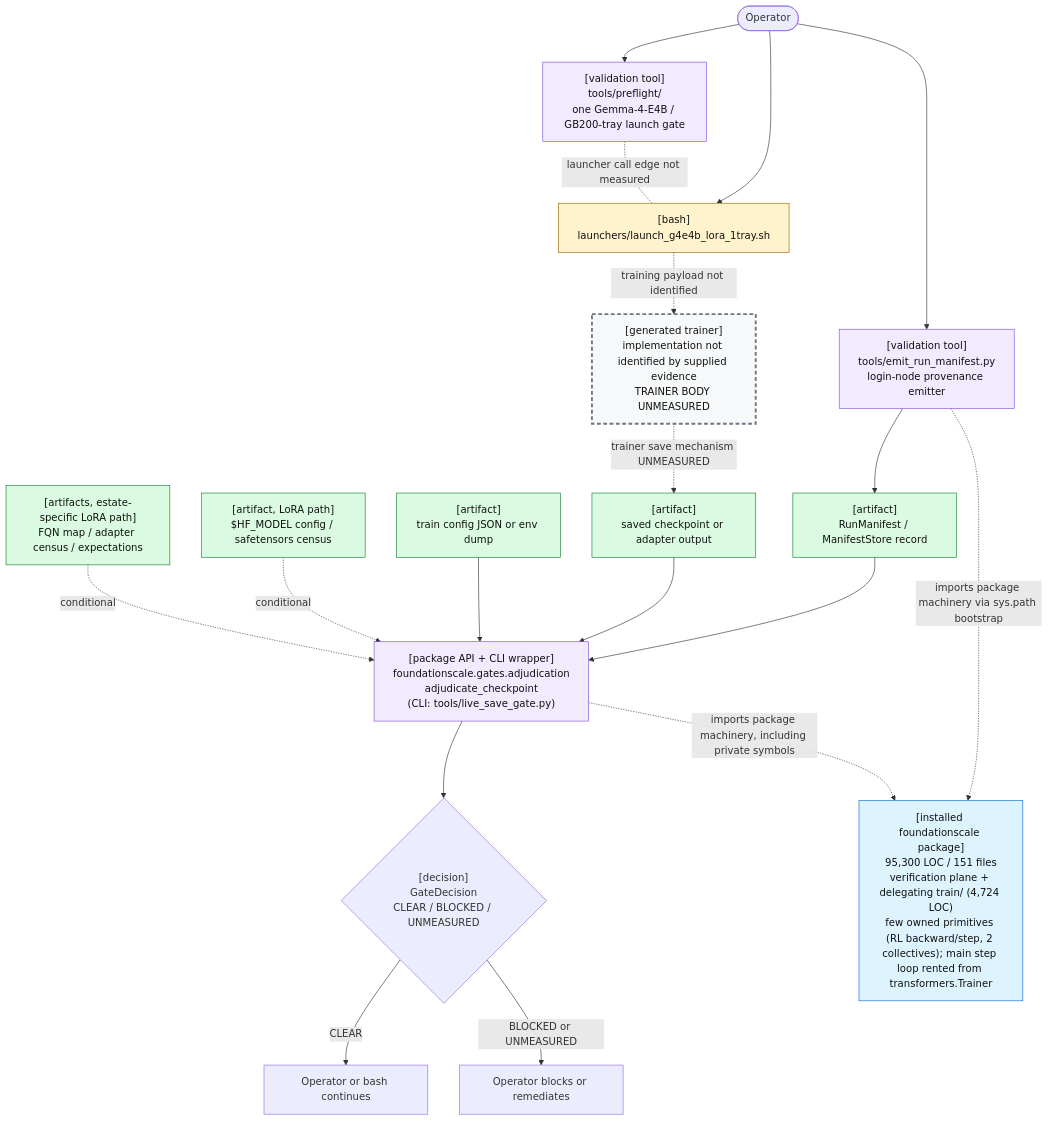
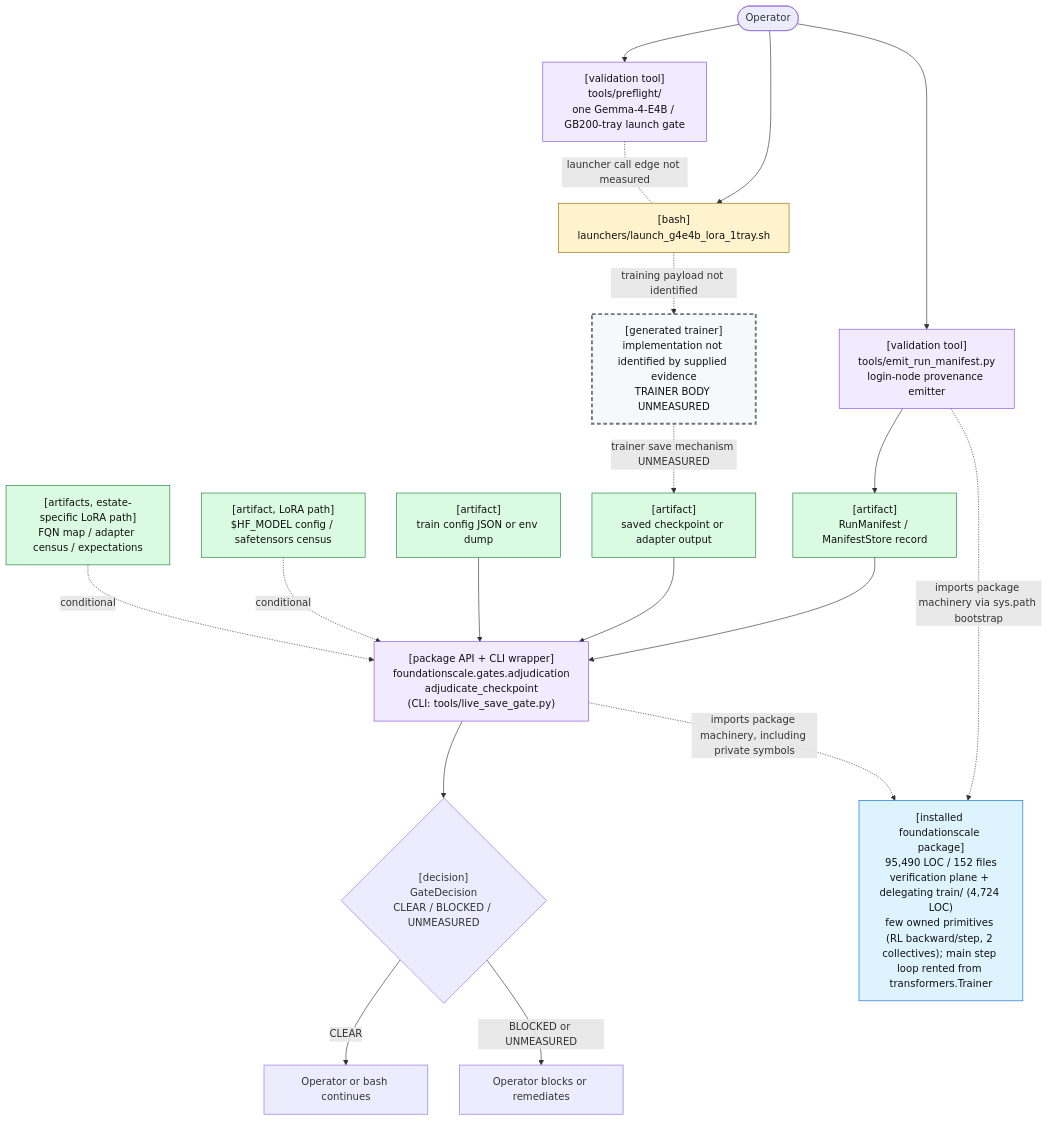
One commit to TranNhiem/FoundationScale changed the first of 2 diagrams in docs/review/D2_current_architecture.md. Above: the diagram before and after it, drawn with Mermaid. The commit also changed other lines of this file and 19 other files, not shown here.

````diff
--- a/docs/review/D2_current_architecture.md
+++ b/docs/review/D2_current_architecture.md
@@ -25,59 +25,59 @@
 ```mermaid
 flowchart TB
   O(["Operator"])
 
   PF["[validation tool]<br/>tools/preflight/<br/>one Gemma-4-E4B / GB200-tray launch gate"]
   L["[bash]<br/>launchers/launch_g4e4b_lora_1tray.sh"]
 
   E["[validation tool]<br/>tools/emit_run_manifest.py<br/>login-node provenance emitter"]
   M["[artifact]<br/>RunManifest / ManifestStore record"]
 
   T["[generated trainer]<br/>implementation not identified by supplied evidence<br/>TRAINER BODY UNMEASURED"]
   C["[artifact]<br/>saved checkpoint or adapter output"]
 
   G["[package API + CLI wrapper]<br/>foundationscale.gates.adjudication<br/>adjudicate_checkpoint<br/>(CLI: tools/live_save_gate.py)"]
   CFG["[artifact]<br/>train config JSON or env dump"]
   BASE["[artifact, LoRA path]<br/>$HF_MODEL config / safetensors census"]
   CEN["[artifacts, estate-specific LoRA path]<br/>FQN map / adapter census / expectations"]
 
   D{"[decision]<br/>GateDecision<br/>CLEAR / BLOCKED / UNMEASURED"}
   OK["Operator or bash continues"]
   NO["Operator blocks or remediates"]
 
-  PKG["[installed foundationscale package]<br/>95,300 LOC / 151 files<br/>verification plane + delegating train/ (4,724 LOC)<br/>few owned primitives (RL backward/step, 2 collectives); main step loop rented from transformers.Trainer"]
+  PKG["[installed foundationscale package]<br/>95,490 LOC / 152 files<br/>verification plane + delegating train/ (4,724 LOC)<br/>few owned primitives (RL backward/step, 2 collectives); main step loop rented from transformers.Trainer"]
 
   O --> PF
   O --> L
   PF -. "launcher call edge not measured" .- L
 
   O --> E
   E --> M
 
   L -. "training payload not identified" .-> T
   T -. "trainer save mechanism UNMEASURED" .-> C
 
   M --> G
   C --> G
   CFG --> G
   BASE -. "conditional" .-> G
   CEN -. "conditional" .-> G
 
   E -. "imports package machinery via sys.path bootstrap" .-> PKG
   G -. "imports package machinery, including private symbols" .-> PKG
 
   G --> D
   D -->|"CLEAR"| OK
   D -->|"BLOCKED or UNMEASURED"| NO
 
   classDef bash fill:#fff3cd,stroke:#9a6700,color:#111;
   classDef tool fill:#f2eaff,stroke:#8250df,color:#111;
   classDef artifact fill:#dafbe1,stroke:#1a7f37,color:#111;
   classDef gap fill:#f6f8fa,stroke:#6e7781,stroke-width:3px,stroke-dasharray: 6 4,color:#111;
   classDef pkg fill:#ddf4ff,stroke:#0969da,color:#111;
 
   class L bash;
   class PF,E,G tool;
   class M,C,CFG,BASE,CEN artifact;
   class T gap;
   class PKG pkg;
 ```
````
